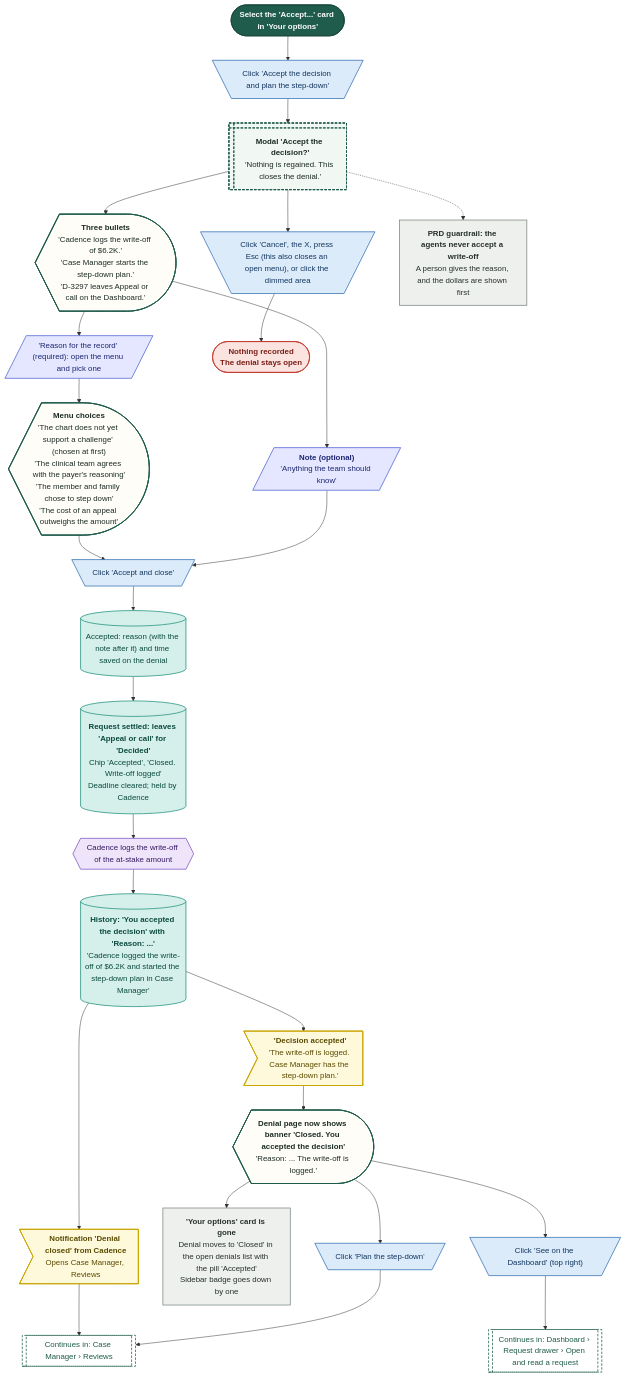
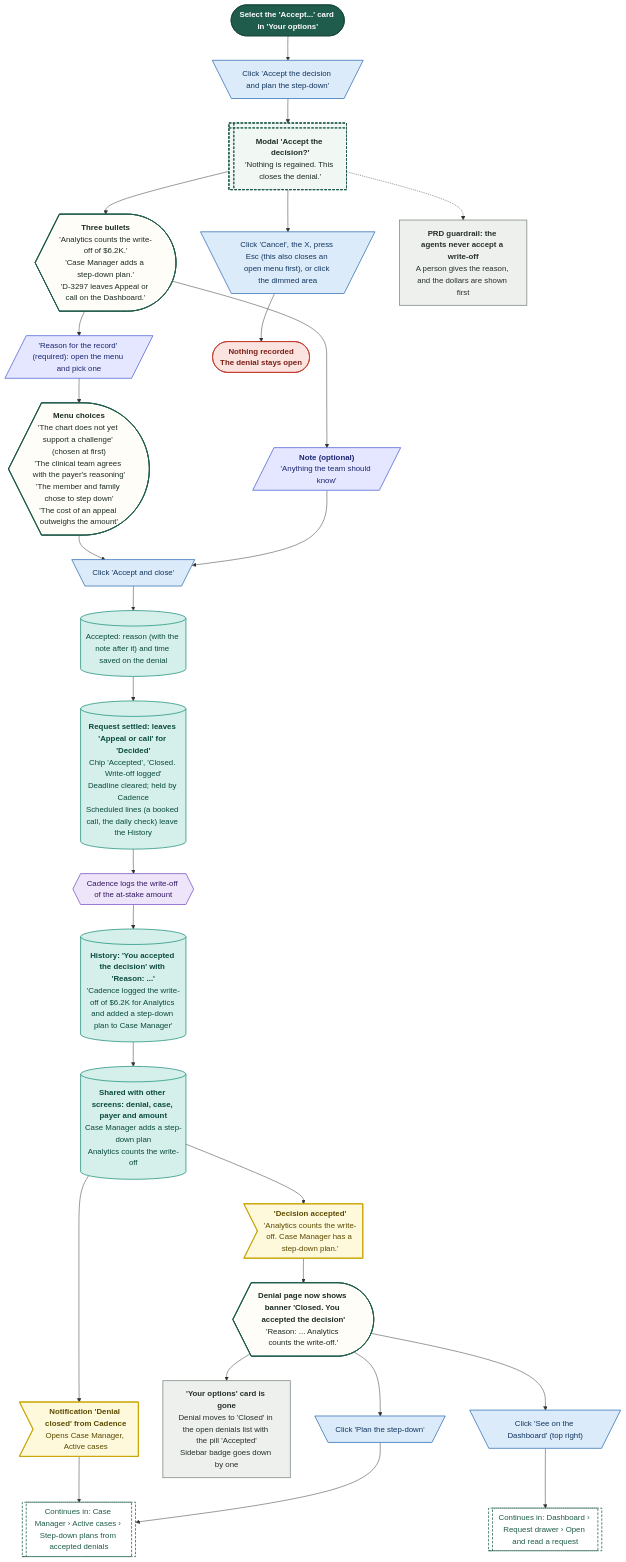
Diagram 17 of 20 in demos/prior-auth-demo/workflows/out/md/06-denials.md (Shrav143/psyfloapp), drawn with Mermaid before and after one commit. The commit also changed other lines of this file and 195 other files, not shown here.

First line of the commit message:
docs: Rebuild workflow diagrams after the demo fixes (220 diagrams)

````diff
--- a/demos/prior-auth-demo/workflows/out/md/06-denials.md
+++ b/demos/prior-auth-demo/workflows/out/md/06-denials.md
@@ -1125,66 +1310,67 @@
 ```mermaid
 %%{init: {"theme":"base","themeVariables":{"fontFamily":"'DM Sans', 'Segoe UI', system-ui, sans-serif","fontSize":"15px","lineColor":"#5B6B63","primaryTextColor":"#1C2B25","clusterBkg":"#FBF8F3","clusterBorder":"#D9CDBB","edgeLabelBackground":"#FFFFFF"},"flowchart":{"curve":"basis","nodeSpacing":36,"rankSpacing":48,"padding":12,"htmlLabels":true,"useMaxWidth":false,"wrappingWidth":230}} }%%
 flowchart TD
   classDef k_start fill:#1F5C4B,stroke:#174638,color:#FFFFFF,stroke-width:1.5px,font-weight:600
   classDef k_end fill:#DDEFE3,stroke:#2E7D4F,color:#14502F,stroke-width:1.5px,font-weight:600
   classDef k_endx fill:#FBE3E0,stroke:#C0392B,color:#7A1F16,stroke-width:1.5px,font-weight:600
   classDef k_screen fill:#FFFDF8,stroke:#1F5C4B,color:#1C2B25,stroke-width:2px
   classDef k_overlay fill:#F1F7F3,stroke:#1F5C4B,color:#1C2B25,stroke-width:2px,stroke-dasharray:5 3
   classDef k_click fill:#DCEBFA,stroke:#2F6DB5,color:#12365F,stroke-width:1.5px
   classDef k_input fill:#E4E7FF,stroke:#4C5FD5,color:#1D2670,stroke-width:1.5px
   classDef k_process fill:#EEF0EE,stroke:#7A857F,color:#26302B,stroke-width:1.5px
   classDef k_agent fill:#EEE5FA,stroke:#7A4FC2,color:#341A63,stroke-width:1.5px
   classDef k_decision fill:#FFF0CC,stroke:#D9962B,color:#5C3B00,stroke-width:1.5px
   classDef k_store fill:#D5F0EA,stroke:#1C8E7B,color:#0B4A3F,stroke-width:1.5px
   classDef k_doc fill:#F6E9DC,stroke:#B07A4C,color:#4A2E14,stroke-width:1.5px
   classDef k_ext fill:#FFE6D2,stroke:#E07B39,color:#6B2F06,stroke-width:1.5px
   classDef k_wait fill:#E4E8EE,stroke:#6B7C93,color:#26303D,stroke-width:1.5px
   classDef k_toast fill:#FFF9DB,stroke:#C9A400,color:#5A4A00,stroke-width:1.5px
   classDef k_goto fill:#FFFFFF,stroke:#1F5C4B,color:#1F5C4B,stroke-width:1.5px,stroke-dasharray:5 3
   s1@{ shape: stadium, label: "Select the 'Accept...' card in 'Your options'" }
   c1@{ shape: trap-t, label: "Click 'Accept the decision and plan the step-down'" }
   o1@{ shape: win-pane, label: "<b>Modal 'Accept the decision?'</b><br/>'Nothing is regained. This closes the denial.'" }
-  l1@{ shape: curv-trap, label: "<b>Three bullets</b><br/>'Cadence logs the write-off of $6.2K.'<br/>'Case Manager starts the step-down plan.'<br/>'D-3297 leaves Appeal or call on the Dashboard.'" }
+  l1@{ shape: curv-trap, label: "<b>Three bullets</b><br/>'Analytics counts the write-off of $6.2K.'<br/>'Case Manager adds a step-down plan.'<br/>'D-3297 leaves Appeal or call on the Dashboard.'" }
   i1@{ shape: lean-r, label: "'Reason for the record' (required): open the menu and pick one" }
   l2@{ shape: curv-trap, label: "<b>Menu choices</b><br/>'The chart does not yet support a challenge' (chosen at first)<br/>'The clinical team agrees with the payer's reasoning'<br/>'The member and family chose to step down'<br/>'The cost of an appeal outweighs the amount'" }
   i2@{ shape: lean-r, label: "<b>Note (optional)</b><br/>'Anything the team should know'" }
   c2@{ shape: trap-t, label: "Click 'Accept and close'" }
-  c3@{ shape: trap-t, label: "Click 'Cancel', the X, press Esc (this also closes an open menu), or click the dimmed area" }
+  c3@{ shape: trap-t, label: "Click 'Cancel', the X, press Esc (this also closes an open menu first), or click the dimmed area" }
   e1@{ shape: stadium, label: "<b>Nothing recorded</b><br/>The denial stays open" }
   st1@{ shape: cyl, label: "Accepted: reason (with the note after it) and time saved on the denial" }
-  st2@{ shape: cyl, label: "<b>Request settled: leaves 'Appeal or call' for 'Decided'</b><br/>Chip 'Accepted', 'Closed. Write-off logged'<br/>Deadline cleared; held by Cadence" }
+  st2@{ shape: cyl, label: "<b>Request settled: leaves 'Appeal or call' for 'Decided'</b><br/>Chip 'Accepted', 'Closed. Write-off logged'<br/>Deadline cleared; held by Cadence<br/>Scheduled lines (a booked call, the daily check) leave the History" }
   a1@{ shape: hex, label: "Cadence logs the write-off of the at-stake amount" }
-  st3@{ shape: cyl, label: "<b>History: 'You accepted the decision' with 'Reason: ...'</b><br/>'Cadence logged the write-off of $6.2K and started the step-down plan in Case Manager'" }
-  t1@{ shape: odd, label: "<b>'Decision accepted'</b><br/>'The write-off is logged. Case Manager has the step-down plan.'" }
-  t2@{ shape: odd, label: "<b>Notification 'Denial closed' from Cadence</b><br/>Opens Case Manager, Reviews" }
-  sc1@{ shape: curv-trap, label: "<b>Denial page now shows banner 'Closed. You accepted the decision'</b><br/>'Reason: ... The write-off is logged.'" }
+  st3@{ shape: cyl, label: "<b>History: 'You accepted the decision' with 'Reason: ...'</b><br/>'Cadence logged the write-off of $6.2K for Analytics and added a step-down plan to Case Manager'" }
+  st4@{ shape: cyl, label: "<b>Shared with other screens: denial, case, payer and amount</b><br/>Case Manager adds a step-down plan<br/>Analytics counts the write-off" }
+  t1@{ shape: odd, label: "<b>'Decision accepted'</b><br/>'Analytics counts the write-off. Case Manager has a step-down plan.'" }
+  t2@{ shape: odd, label: "<b>Notification 'Denial closed' from Cadence</b><br/>Opens Case Manager, Active cases" }
+  sc1@{ shape: curv-trap, label: "<b>Denial page now shows banner 'Closed. You accepted the decision'</b><br/>'Reason: ... Analytics counts the write-off.'" }
   p1@{ shape: rect, label: "<b>'Your options' card is gone</b><br/>Denial moves to 'Closed' in the open denials list with the pill 'Accepted'<br/>Sidebar badge goes down by one" }
   c4@{ shape: trap-t, label: "Click 'Plan the step-down'" }
   c5@{ shape: trap-t, label: "Click 'See on the Dashboard' (top right)" }
-  g1@{ shape: subproc, label: "Continues in: Case Manager › Reviews" }
+  g1@{ shape: subproc, label: "Continues in: Case Manager › Active cases › Step-down plans from accepted denials" }
   g2@{ shape: subproc, label: "Continues in: Dashboard › Request drawer › Open and read a request" }
   p2@{ shape: rect, label: "<b>PRD guardrail: the agents never accept a write-off</b><br/>A person gives the reason, and the dollars are shown first" }
   s1 --> c1 --> o1 --> l1
   l1 --> i1 --> l2
   l1 --> i2
   l2 --> c2
   i2 --> c2
   o1 --> c3 --> e1
-  c2 --> st1 --> st2 --> a1 --> st3 --> t1 --> sc1
-  st3 --> t2 --> g1
+  c2 --> st1 --> st2 --> a1 --> st3 --> st4 --> t1 --> sc1
+  st4 --> t2 --> g1
   sc1 --> p1
   sc1 --> c4 --> g1
   sc1 --> c5 --> g2
   o1 -.-> p2
   class s1 k_start
   class c1,c2,c3,c4,c5 k_click
   class o1 k_overlay
   class l1,l2,sc1 k_screen
   class i1,i2 k_input
   class e1 k_endx
-  class st1,st2,st3 k_store
+  class st1,st2,st3,st4 k_store
   class a1 k_agent
   class t1,t2 k_toast
   class p1,p2 k_process
   class g1,g2 k_goto
 ```
````
